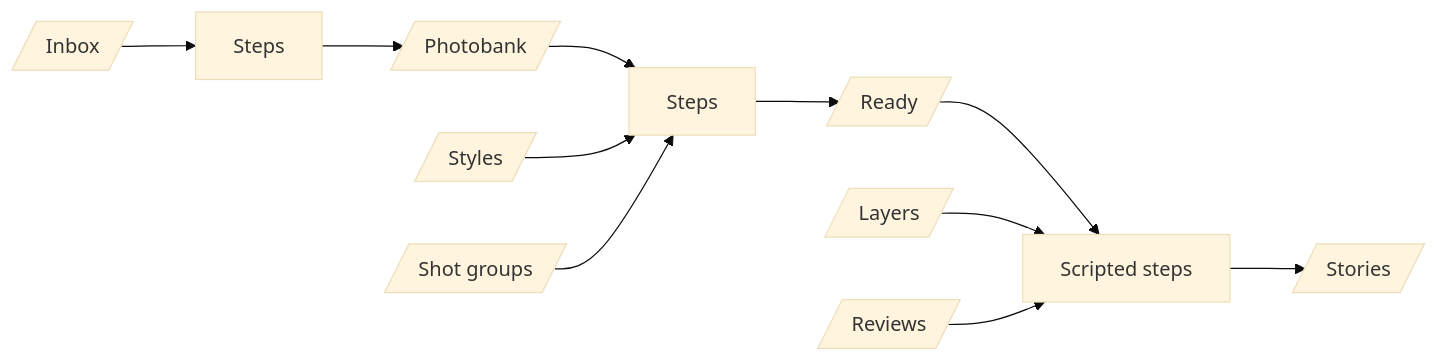
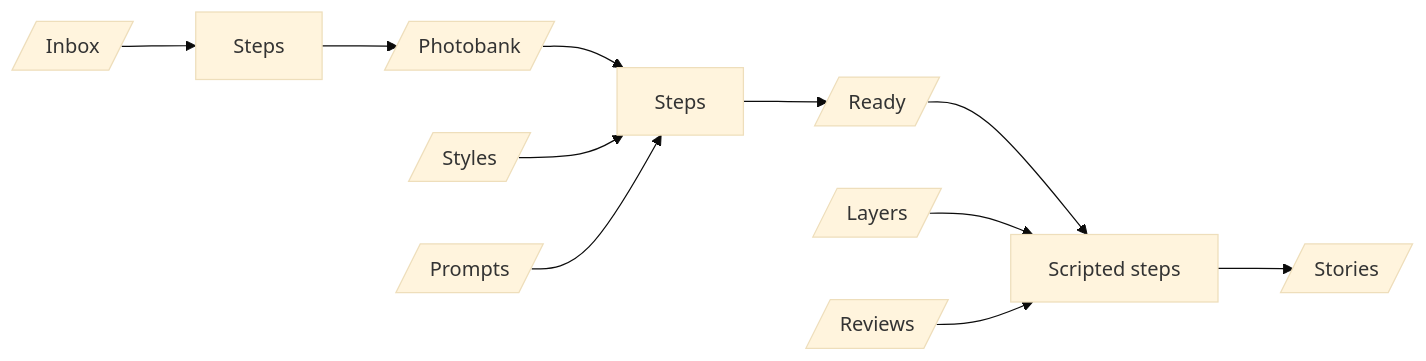
Before and after one commit to losnikitos/rocketbox: the diagram in AGENTS.md, drawn with Mermaid (base theme). The commit also changed other lines of this file and 40 other files, not shown here.

Commit message:
Rename Shots to Prompts, grouped by a folder (all existing ones in Shots), so prompts can grow into first-class workflow inputs with real folders and tags later.

````diff
--- a/AGENTS.md
+++ b/AGENTS.md
@@ -31,8 +31,8 @@
 ```mermaid
 flowchart LR
  Inbox[/Inbox/] --> InboxSteps[Steps] --> Photobank[/Photobank/] --> Steps --> Ready[/Ready/] --> Scripted[Scripted steps] --> Stories[/Stories/]
  Styles[/Styles/] --> Steps
- Shots[/Shot groups/] --> Steps
+ Prompts[/Prompts/] --> Steps
  Layers[/Layers/] --> Scripted
  Reviews[/Reviews/] --> Scripted
 ```
````
